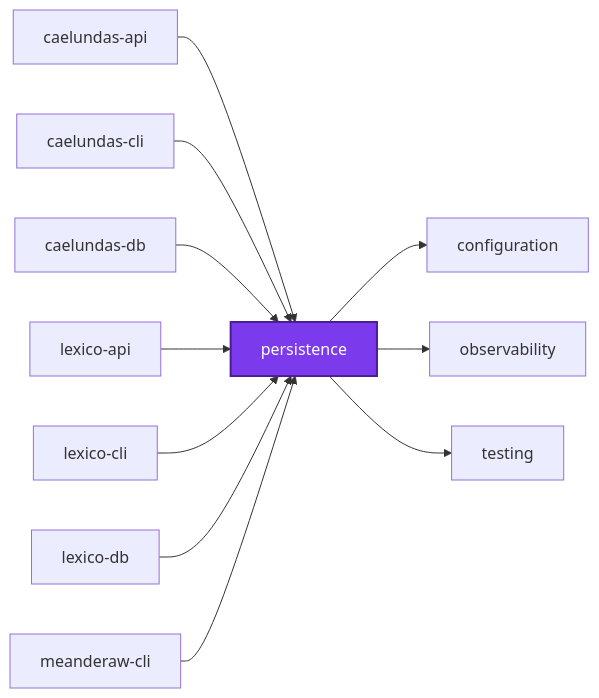
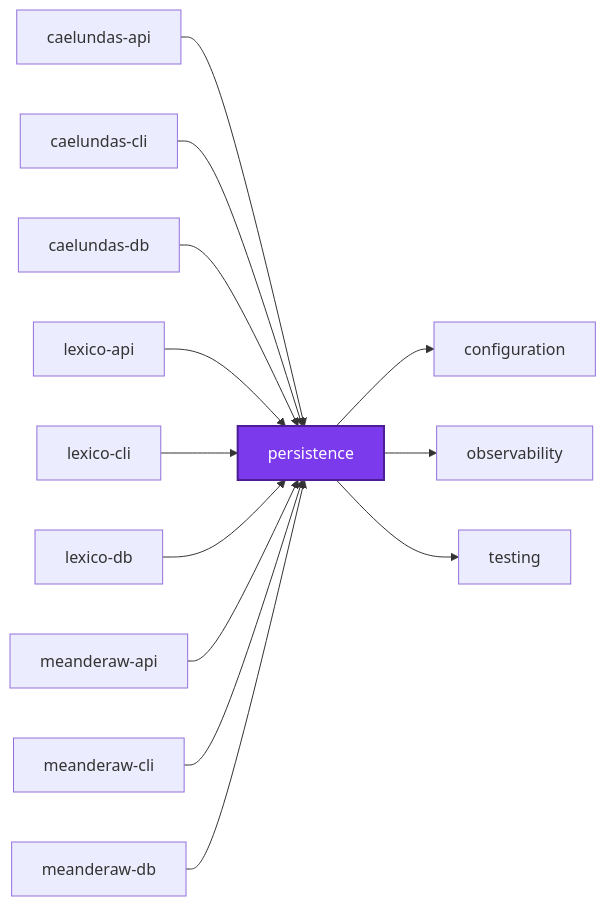
Before and after one commit to organizzolini/codebase: the first of 3 diagrams in projects/common/persistence/documentation/codependix.md, drawn with Mermaid. The commit also changed other lines of this file and 23 other files, not shown here.

````diff
--- a/projects/common/persistence/documentation/codependix.md
+++ b/projects/common/persistence/documentation/codependix.md
@@ -8,26 +8,30 @@
 ```mermaid
 graph LR
   caelundas_api["caelundas-api"]
   caelundas_cli["caelundas-cli"]
   caelundas_db["caelundas-db"]
   configuration["configuration"]
   lexico_api["lexico-api"]
   lexico_cli["lexico-cli"]
   lexico_db["lexico-db"]
+  meanderaw_api["meanderaw-api"]
   meanderaw_cli["meanderaw-cli"]
+  meanderaw_db["meanderaw-db"]
   observability["observability"]
   persistence["persistence"]
   testing["testing"]
   caelundas_api --> persistence
   caelundas_cli --> persistence
   caelundas_db --> persistence
   lexico_api --> persistence
   lexico_cli --> persistence
   lexico_db --> persistence
+  meanderaw_api --> persistence
   meanderaw_cli --> persistence
+  meanderaw_db --> persistence
   persistence --> configuration
   persistence --> observability
   persistence --> testing
   classDef subject fill:#7c3aed,color:#fff,stroke:#4c1d95,stroke-width:2px
   class persistence subject
 ```
````
